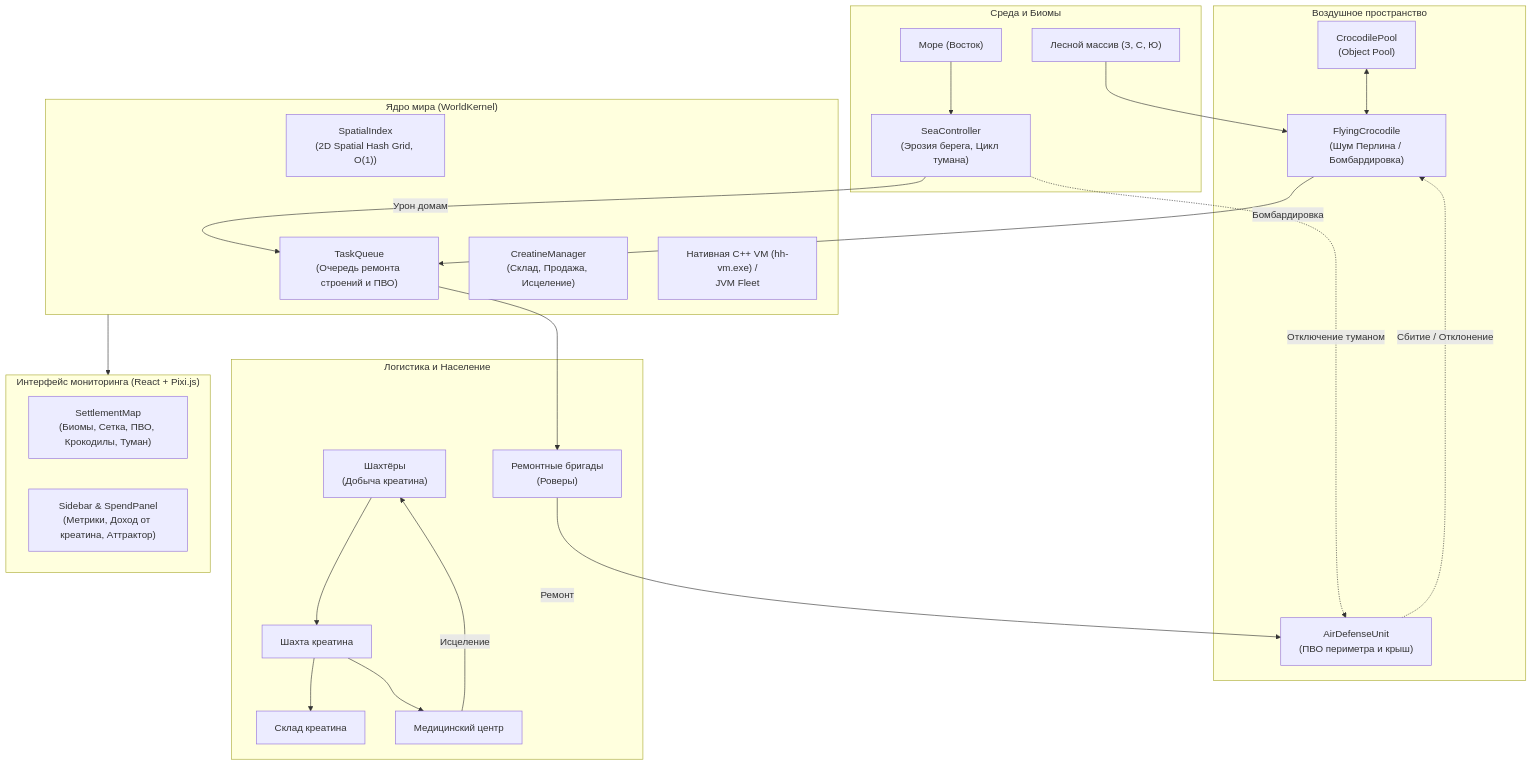
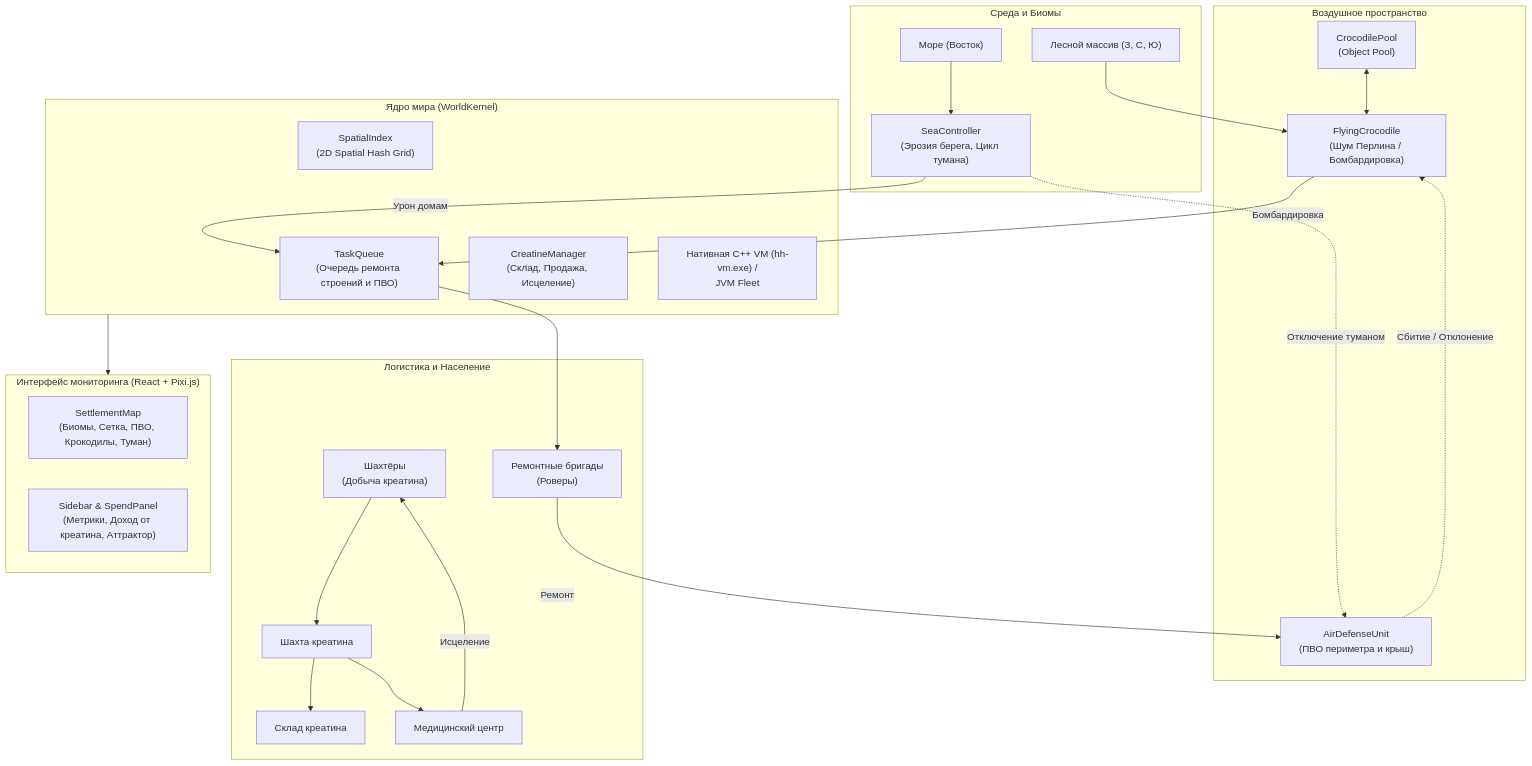
Before and after one commit to FeToR1/hadleys-hope-simulator: the diagram in docs/ECOSYSTEM_ARCHITECTURE.md, drawn with Mermaid. The commit also changed other lines of this file and 68 other files, not shown here.

````diff
--- a/docs/ECOSYSTEM_ARCHITECTURE.md
+++ b/docs/ECOSYSTEM_ARCHITECTURE.md
@@ -45,47 +45,47 @@
 ```mermaid
 flowchart TD
     subgraph Environment ["Среда и Биомы"]
         Forest["Лесной массив (З, С, Ю)"]
         Sea["Море (Восток)"]
         SeaCtrl["SeaController\n(Эрозия берега, Цикл тумана)"]
         Sea --> SeaCtrl
     end
 
     subgraph DefenseAndThreatsSub ["Воздушное пространство"]
         CrocPool["CrocodilePool\n(Object Pool)"]
         Crocs["FlyingCrocodile\n(Шум Перлина / Бомбардировка)"]
         ADS["AirDefenseUnit\n(ПВО периметра и крыш)"]
         Forest --> Crocs
         CrocPool <--> Crocs
         ADS -.->|"Сбитие / Отклонение"| Crocs
         SeaCtrl -.->|"Отключение туманом"| ADS
     end
 
     subgraph SimulationCore ["Ядро мира (WorldKernel)"]
-        Spatial["SpatialIndex\n(2D Spatial Hash Grid, O(1))"]
+        Spatial["SpatialIndex\n(2D Spatial Hash Grid)"]
         Tasks["TaskQueue\n(Очередь ремонта строений и ПВО)"]
         Creatine["CreatineManager\n(Склад, Продажа, Исцеление)"]
         CVM["Нативная C++ VM (hh-vm.exe) /\nJVM Fleet"]
     end
 
     subgraph Logistics ["Логистика и Население"]
         Miners["Шахтёры\n(Добыча креатина)"]
         Mine["Шахта креатина"]
         Depot["Склад креатина"]
         MedCenter["Медицинский центр"]
         Crews["Ремонтные бригады\n(Роверы)"]
         Miners --> Mine --> Depot & MedCenter
         MedCenter -->|"Исцеление"| Miners
         Tasks --> Crews -->|"Ремонт"| ADS
     end
 
     subgraph UI ["Интерфейс мониторинга (React + Pixi.js)"]
         Map["SettlementMap\n(Биомы, Сетка, ПВО, Крокодилы, Туман)"]
         Sidebar["Sidebar & SpendPanel\n(Метрики, Доход от креатина, Аттрактор)"]
     end
 
     Spatial --- SimulationCore
     SeaCtrl -->|"Урон домам"| Tasks
     Crocs -->|"Бомбардировка"| Tasks
     SimulationCore --> UI
 ```
````
